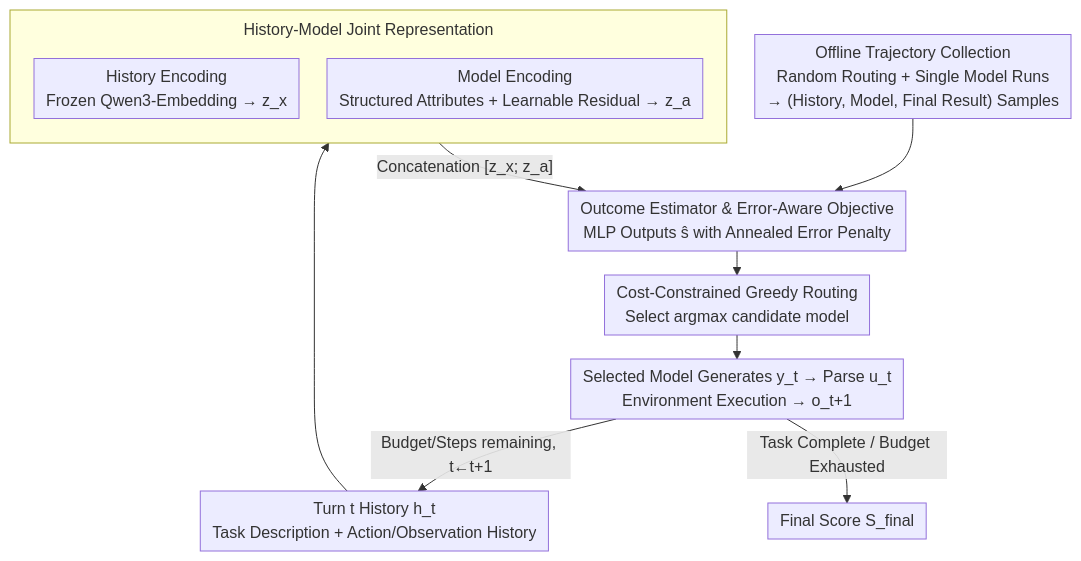
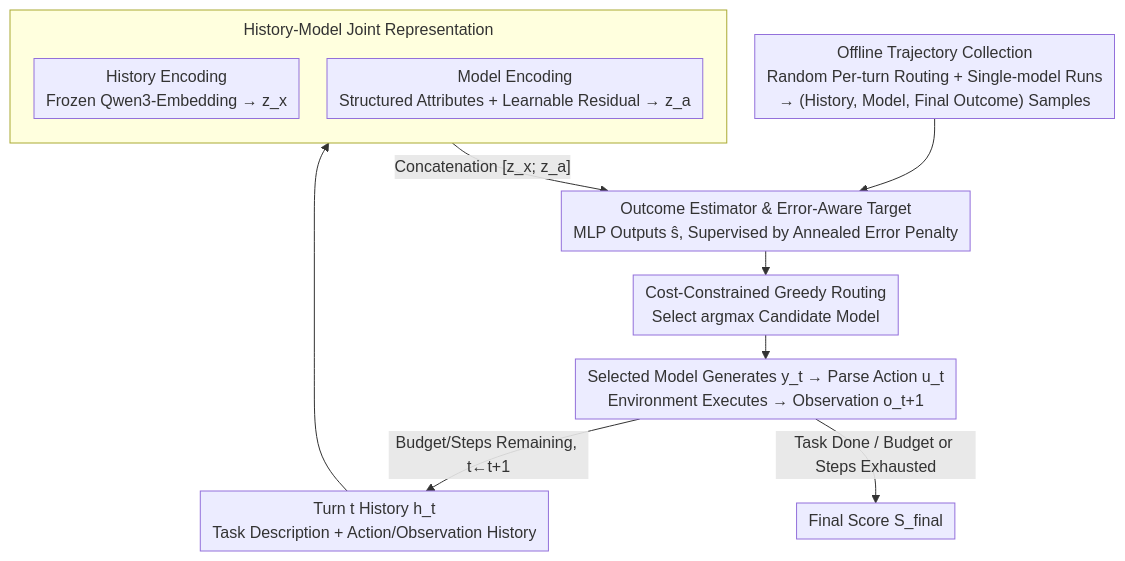
The diagram in docs/ACL2026/llm_efficiency/mtrouter_cost-aware_multi-turn_llm_routing_with_history-model_joint_embeddings.md (zhaoyang97/Paper-Notes-en), drawn with Mermaid before and after one commit. The commit also changed other lines of this file and 5084 other files, not shown here.

````diff
--- a/docs/ACL2026/llm_efficiency/mtrouter_cost-aware_multi-turn_llm_routing_with_history-model_joint_embeddings.md
+++ b/docs/ACL2026/llm_efficiency/mtrouter_cost-aware_multi-turn_llm_routing_with_history-model_joint_embeddings.md
@@ -46,16 +46,16 @@
 ```mermaid
 %%{init: {'flowchart': {'rankSpacing': 24, 'nodeSpacing': 28, 'padding': 6, 'wrappingWidth': 400, 'subGraphTitleMargin': {'top': 8, 'bottom': 16}}}}%%
 flowchart TD
-    TRAIN["Offline Trajectory Collection<br/>Random Routing + Single Model Runs<br/>→ (History, Model, Final Result) Samples"] --> EST
+    TRAIN["Offline Trajectory Collection<br/>Random Per-turn Routing + Single-model Runs<br/>→ (History, Model, Final Outcome) Samples"] --> EST
     H["Turn t History h_t<br/>Task Description + Action/Observation History"] --> JOINT
     subgraph JOINT["History-Model Joint Representation"]
         direction TB
         ZX["History Encoding<br/>Frozen Qwen3-Embedding → z_x"]
         ZA["Model Encoding<br/>Structured Attributes + Learnable Residual → z_a"]
     end
-    JOINT -->|"Concatenation [z_x; z_a]"| EST["Outcome Estimator & Error-Aware Objective<br/>MLP Outputs ŝ with Annealed Error Penalty"]
-    EST --> ROUTE["Cost-Constrained Greedy Routing<br/>Select argmax candidate model"]
-    ROUTE --> EXEC["Selected Model Generates y_t → Parse u_t<br/>Environment Execution → o_t+1"]
-    EXEC -->|"Budget/Steps remaining, t←t+1"| H
-    EXEC -->|"Task Complete / Budget Exhausted"| FINAL["Final Score S_final"]
+    JOINT -->|"Concatenation [z_x; z_a]"| EST["Outcome Estimator & Error-Aware Target<br/>MLP Outputs ŝ, Supervised by Annealed Error Penalty"]
+    EST --> ROUTE["Cost-Constrained Greedy Routing<br/>Select argmax Candidate Model"]
+    ROUTE --> EXEC["Selected Model Generates y_t → Parse Action u_t<br/>Environment Executes → Observation o_t+1"]
+    EXEC -->|"Budget/Steps Remaining, t←t+1"| H
+    EXEC -->|"Task Done / Budget or Steps Exhausted"| FINAL["Final Score S_final"]
 ```
````
